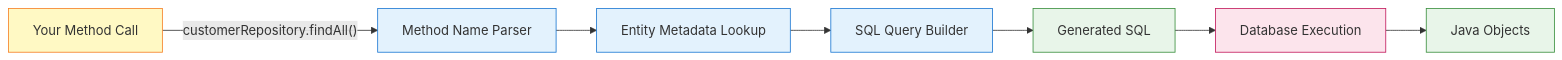
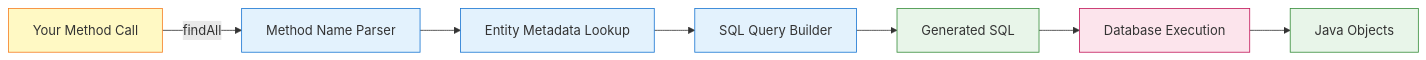
The first of 6 diagrams in Nish Lessons - Q&A's/SpringBoot/How Spring Data JPA Generates SQL Queries --follow on from Q&A.md (stravos97/java-documentation-notes), drawn with Mermaid before and after one commit. The commit also changed other lines of this file and 8 other files, not shown here.

Commit message:
fix mermaid diagrams

````diff
--- a/Nish Lessons - Q&A's/SpringBoot/How Spring Data JPA Generates SQL Queries --follow on from Q&A.md
+++ b/Nish Lessons - Q&A's/SpringBoot/How Spring Data JPA Generates SQL Queries --follow on from Q&A.md
@@ -13,21 +13,21 @@
 ```mermaid
 flowchart LR
-    A[Your Method Call] -->|"customerRepository.findAll()"| B[Method Name Parser]
+    A[Your Method Call] -->|findAll| B[Method Name Parser]
     B --> C[Entity Metadata Lookup]
     C --> D[SQL Query Builder]
     D --> E[Generated SQL]
     E --> F[Database Execution]
     F --> G[Java Objects]
     
     classDef input fill:#fff9c4,stroke:#f57f24;
     class A input;
     
     classDef process fill:#e3f2fd,stroke:#1976d2;
     class B,C,D process;
     
     classDef output fill:#e8f5e9,stroke:#388e3c;
     class E,G output;
     
     classDef db fill:#fce4ec,stroke:#c2185b;
     class F db;
 ```
````
